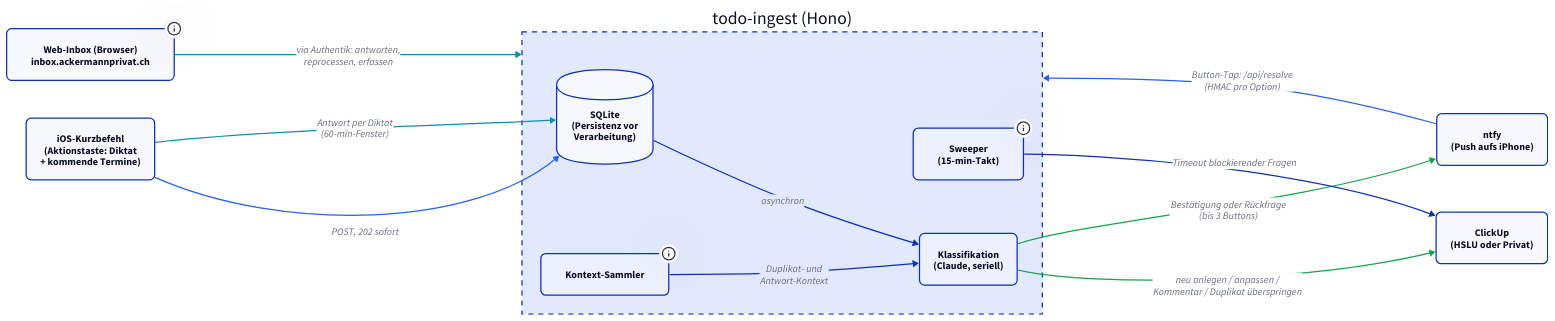
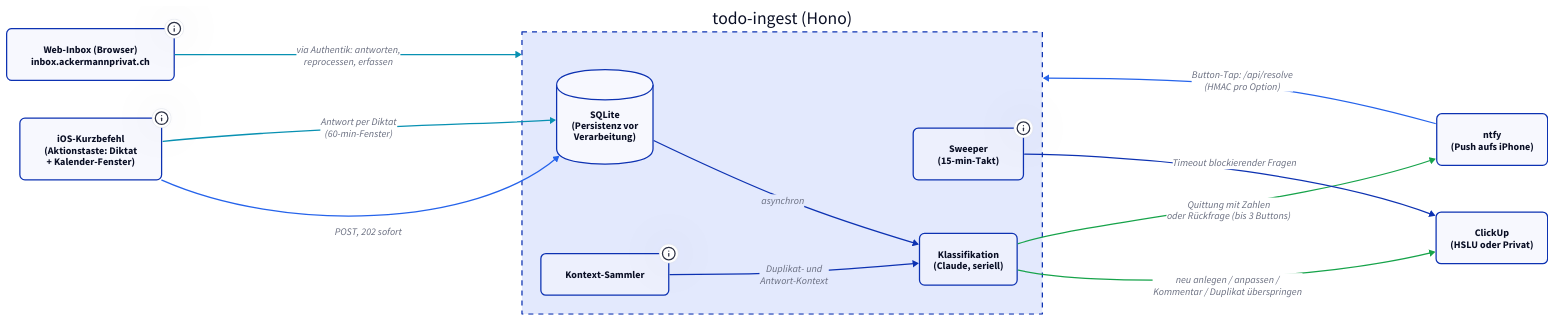
The diagram in docs/dienste/todo-ingest/index.md (derever-labs/homelab-wiki), drawn with D2 before and after one commit. The commit also changed other lines of this file and 1 other file, not shown here.

Commit message:
docs(todo-ingest): Welle Kein stiller Verlust nachfuehren
Quittungs-Pflicht mit Anliegen- und Aufgaben-Zahl, Verdachts-Hinweis,
Datum-Netz mit Zustand bewusst terminlos, Quittungs-Vermerk und 90 Tage
Aufbewahrung fuer nicht ausgewertete Fotos, Rechte-Staffelung auf fremden
Aufgaben, Diktat-Wortlaut in der Inbox und das Kalender-Fenster des
Diktat-Kurzbefehls (14 Tage zurueck bis 60 Tage voraus).

````diff
--- a/docs/dienste/todo-ingest/index.md
+++ b/docs/dienste/todo-ingest/index.md
@@ -35,40 +37,43 @@
 ```d2
 classes: {
   node: { style: { border-radius: 8 } }
 }
 
 direction: right
 
-Shortcut: "iOS-Kurzbefehl\n(Aktionstaste: Diktat\n+ kommende Termine)" { class: node }
+Shortcut: "iOS-Kurzbefehl\n(Aktionstaste: Diktat\n+ Kalender-Fenster)" {
+  class: node
+  tooltip: "Das Diktat-Fenster reicht 14 Tage zurück und 60 Tage voraus, weil oft nach einem Termin diktiert wird"
+}
 
 Ingest: "todo-ingest (Hono)" {
   style.stroke-dash: 4
   DB: "SQLite\n(Persistenz vor\nVerarbeitung)" { shape: cylinder; class: node }
   CTX: "Kontext-Sammler" {
     class: node
     tooltip: "Offene Tasks beider Ziel-Listen, soeben angelegte Tasks (24h), offene Rückfragen (60 min) und mitgeschickte Termine -- als Daten deklariert (Injection-Härtung)"
   }
   AI: "Klassifikation\n(Claude, seriell)" { class: node }
   SWEEP: "Sweeper\n(15-min-Takt)" {
     class: node
-    tooltip: "Blockierende Rückfragen laufen nach 4 h in die Privat-Liste (Tag zuordnung-unklar), anreichernde verfallen nach 7 Tagen still"
+    tooltip: "Blockierende Rückfragen laufen nach 4 h in die Privat-Liste (Tag zuordnung-unklar), anreichernde verfallen nach 7 Tagen und melden das per Push"
   }
 }
 
 ClickUp: "ClickUp\n(HSLU oder Privat)" { class: node }
 Ntfy: "ntfy\n(Push aufs iPhone)" { class: node }
 Inbox: "Web-Inbox (Browser)\ninbox.ackermannprivat.ch" {
   class: node
   tooltip: "Eigener Host, nur hinter Authentik (Gruppe admin). Zeigt offene Rückfragen, zuletzt erstellte Tasks und die Diktat-Historie. Antworten, Anpassen und Reprocess laufen über HMAC-signierte Aktionen, Text-Erfassung über dieselbe Pipeline wie das Diktat"
 }
 
 Shortcut -> Ingest.DB: "POST, 202 sofort" { style.stroke: "#2563eb" }
 Ingest.DB -> Ingest.AI: "asynchron"
 Ingest.CTX -> Ingest.AI: "Duplikat- und\nAntwort-Kontext"
 Ingest.AI -> ClickUp: "neu anlegen / anpassen /\nKommentar / Duplikat überspringen" { style.stroke: "#16a34a" }
-Ingest.AI -> Ntfy: "Bestätigung oder Rückfrage\n(bis 3 Buttons)" { style.stroke: "#16a34a" }
+Ingest.AI -> Ntfy: "Quittung mit Zahlen\noder Rückfrage (bis 3 Buttons)" { style.stroke: "#16a34a" }
 Ntfy -> Ingest: "Button-Tap: /api/resolve\n(HMAC pro Option)" { style.stroke: "#2563eb" }
 Shortcut -> Ingest.DB: "Antwort per Diktat\n(60-min-Fenster)" { style.stroke: "#0891b2" }
 Inbox -> Ingest: "via Authentik: antworten,\nreprocessen, erfassen" { style.stroke: "#0891b2" }
 Ingest.SWEEP -> ClickUp: "Timeout blockierender Fragen"
 ```
````
